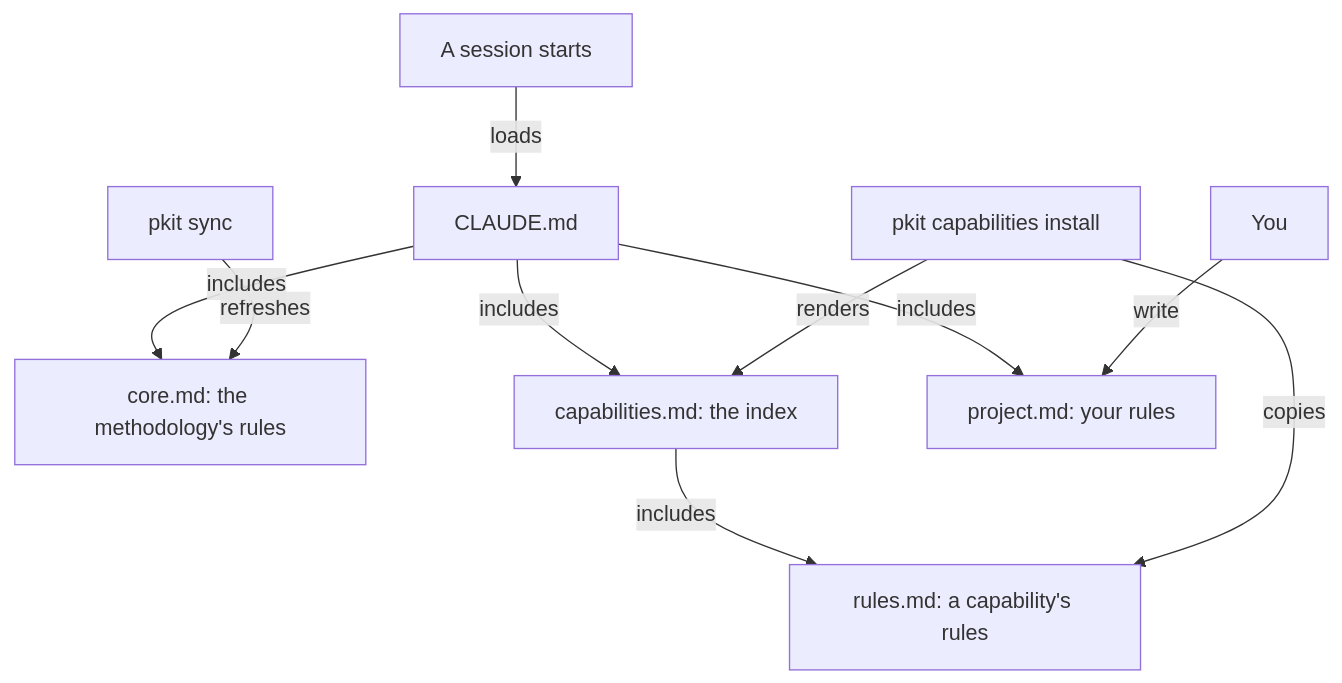
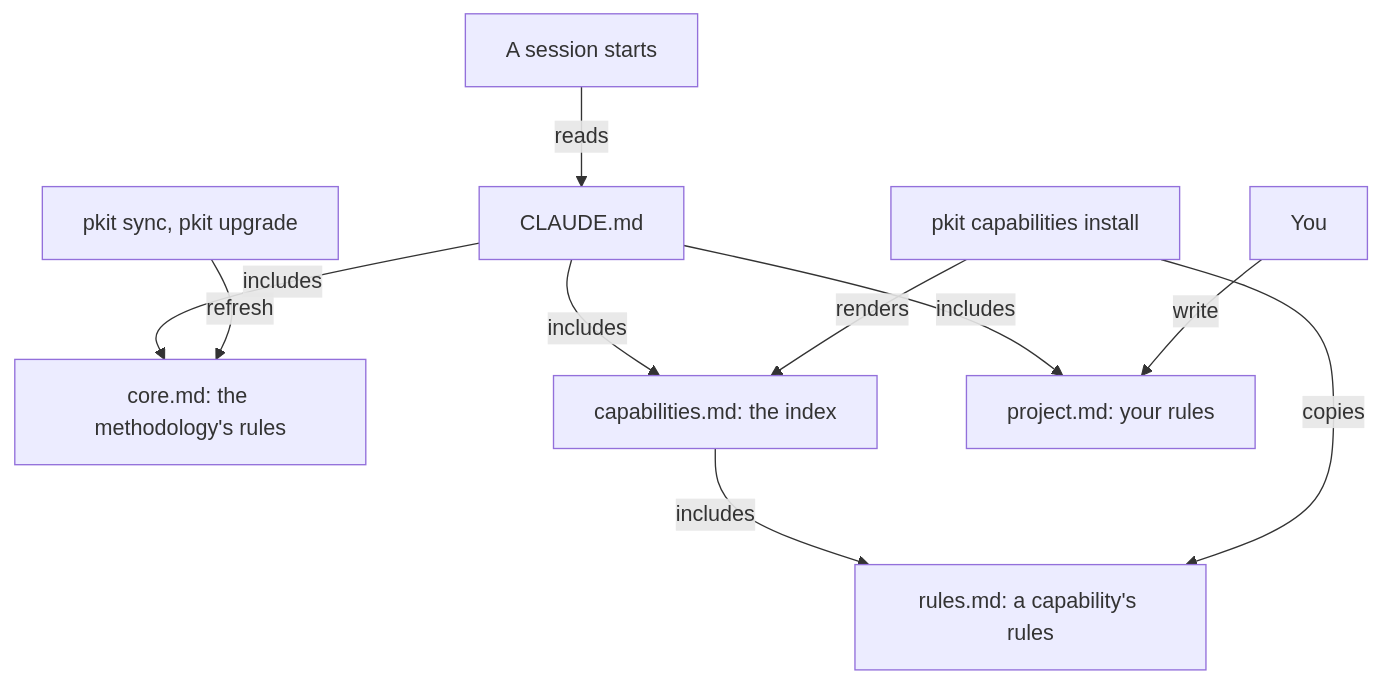
One commit to aleskalfas/project-kit changed the diagram in docs/rules/README.md. Above: the diagram before and after it, drawn with Mermaid. The commit also changed other lines of this file and 1 other file, not shown here.

````diff
--- a/docs/rules/README.md
+++ b/docs/rules/README.md
@@ -136,14 +148,14 @@
 ```mermaid
 flowchart TD
   accTitle: How the rules reach a session
-  accDescr: A sync refreshes core.md, the methodology's rules. An install copies a capability with its rules.md, and renders the index, capabilities.md, which includes each installed capability's rules.md. You write project.md. CLAUDE.md includes core.md, the index and project.md, in that order. When a session starts, Claude Code loads CLAUDE.md with every file it includes, and the agent works under every layer's rules.
-  sync["pkit sync"] -->|refreshes| core["core.md: the methodology's rules"]
+  accDescr: A sync refreshes core.md, the methodology's rules, at your project's version, and an upgrade moves it to a newer one. An install copies a capability with its rules.md, and renders the index, capabilities.md, which includes each installed capability's rules.md. You write project.md. CLAUDE.md includes core.md, the index and project.md, in that order. When a session starts, Claude Code reads CLAUDE.md with every file it includes, and the agent works under every layer's rules.
+  lifecycle["pkit sync, pkit upgrade"] -->|refresh| core["core.md: the methodology's rules"]
   install["pkit capabilities install"] -->|copies| caprules["rules.md: a capability's rules"]
   install -->|renders| index["capabilities.md: the index"]
   index -->|includes| caprules
   you["You"] -->|write| project["project.md: your rules"]
   claude["CLAUDE.md"] -->|includes| core
   claude -->|includes| index
   claude -->|includes| project
-  session["A session starts"] -->|loads| claude
+  session["A session starts"] -->|reads| claude
 ```
````
